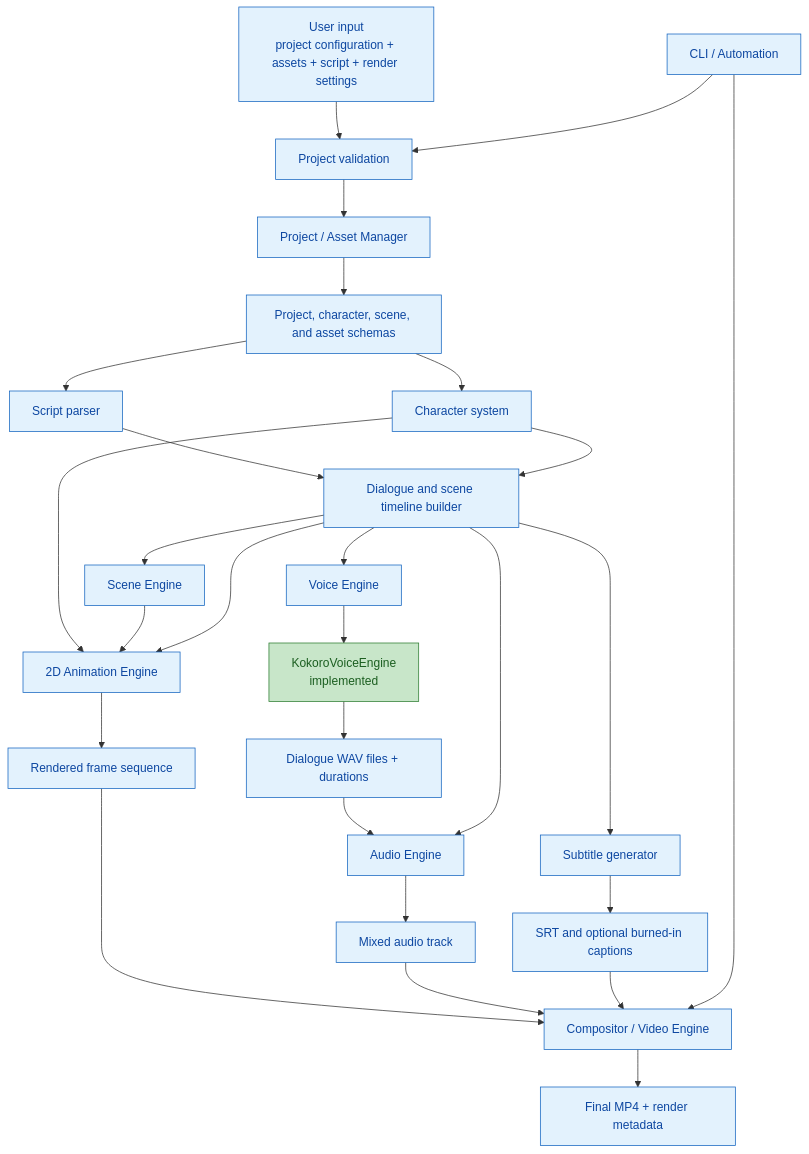
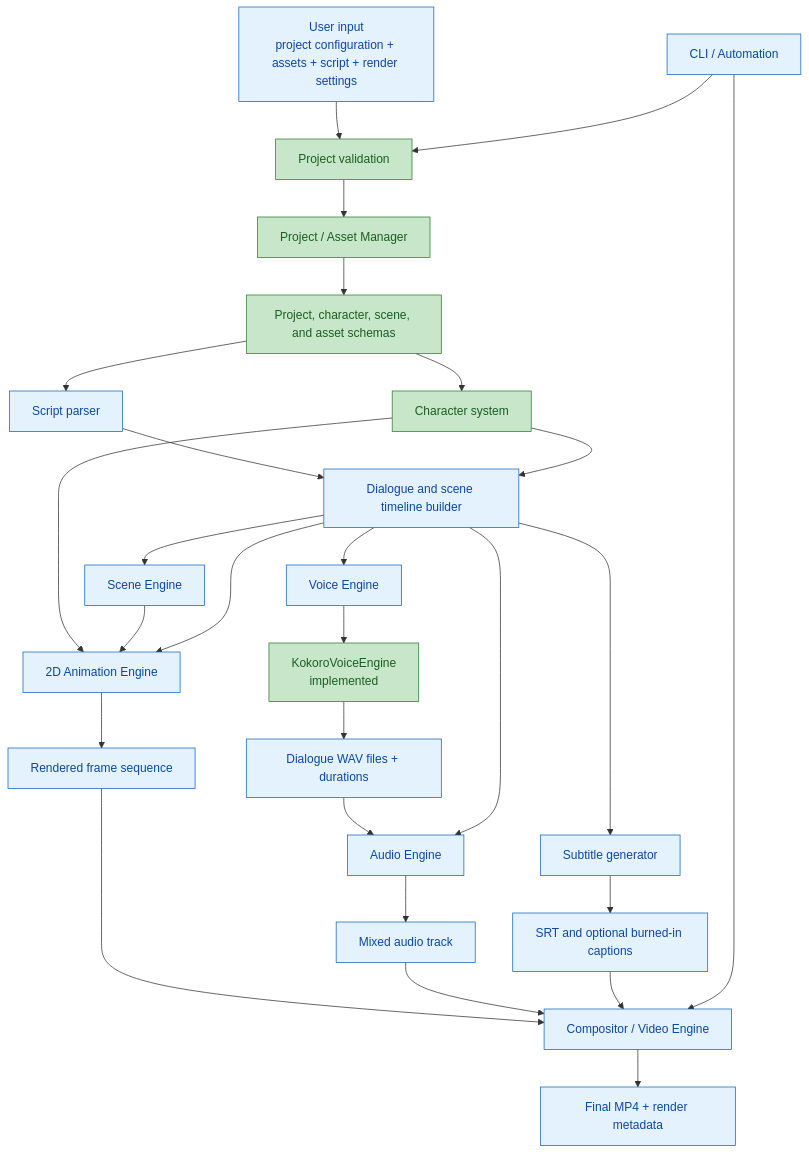
The first of 4 diagrams in LLD.md (Mohammed-Aftab-Siddique/al-studio), drawn with Mermaid before and after one commit. The commit also changed other lines of this file and 14 other files, not shown here.

````diff
--- a/LLD.md
+++ b/LLD.md
@@ -20,55 +20,55 @@
 ```mermaid
 flowchart TD
     input[User input<br/>project configuration + assets + script + render settings]
     validate[Project validation]
     manager[Project / Asset Manager]
     schema[Project, character, scene, and asset schemas]
     script[Script parser]
     timeline[Dialogue and scene timeline builder]
     character[Character system]
     voice[Voice Engine]
     kokoro[KokoroVoiceEngine<br/>implemented]
     audioLines[Dialogue WAV files + durations]
     scene[Scene Engine]
     animation[2D Animation Engine]
     frames[Rendered frame sequence]
     audio[Audio Engine]
     mix[Mixed audio track]
     captions[Subtitle generator]
     subtitles[SRT and optional burned-in captions]
     compositor[Compositor / Video Engine]
     mp4[Final MP4 + render metadata]
     cli[CLI / Automation]
 
     input --> validate
     validate --> manager
     manager --> schema
     schema --> script
     script --> timeline
     schema --> character
     character --> timeline
     timeline --> voice
     voice --> kokoro
     kokoro --> audioLines
     timeline --> scene
     character --> animation
     scene --> animation
     timeline --> animation
     animation --> frames
     audioLines --> audio
     timeline --> audio
     audio --> mix
     timeline --> captions
     captions --> subtitles
     frames --> compositor
     mix --> compositor
     subtitles --> compositor
     compositor --> mp4
     cli --> validate
     cli --> compositor
 
     classDef implemented fill:#c8e6c9,stroke:#2e7d32,color:#1b5e20;
     classDef planned fill:#e3f2fd,stroke:#1565c0,color:#0d47a1;
-    class kokoro implemented;
-    class input,validate,manager,schema,script,timeline,character,voice,audioLines,scene,animation,frames,audio,mix,captions,subtitles,compositor,mp4,cli planned;
+    class kokoro,validate,manager,schema,character implemented;
+    class input,script,timeline,voice,audioLines,scene,animation,frames,audio,mix,captions,subtitles,compositor,mp4,cli planned;
 ```
````
